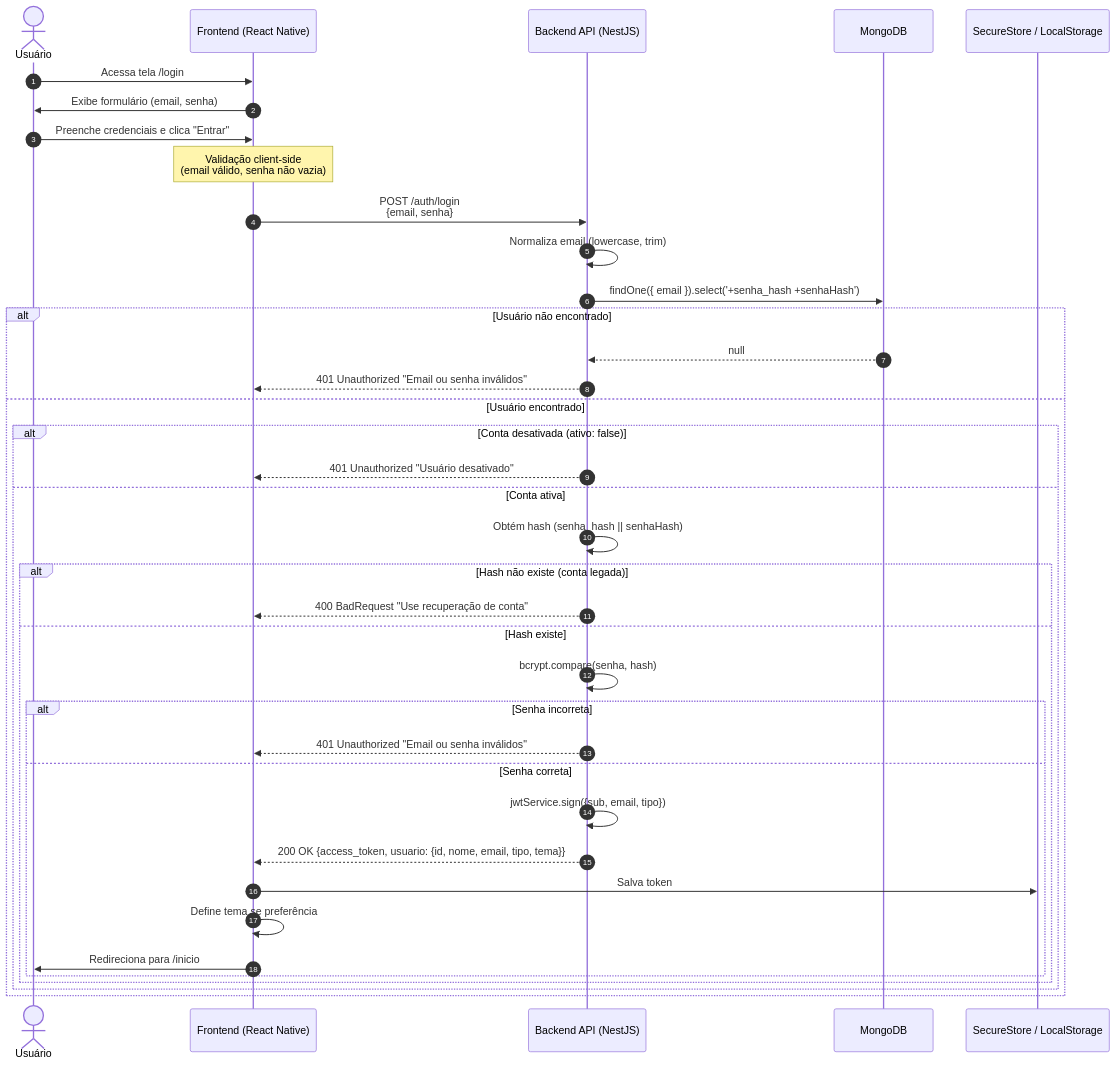
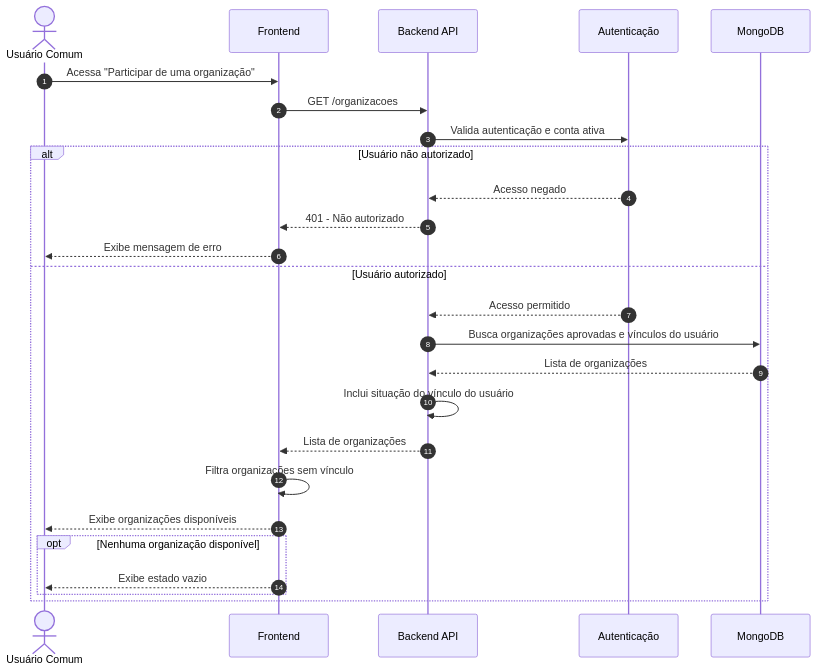
Before and after one commit to MrLucasMoreira/PDSI-Conecta-: the second of 9 diagrams in docs/cadastro-usuario/6 - diagramas-sequencia-cadastro-usuario.md, drawn with Mermaid. The commit also changed other lines of this file and 7 other files, not shown here.

````diff
--- a/docs/cadastro-usuario/6 - diagramas-sequencia-cadastro-usuario.md
+++ b/docs/cadastro-usuario/6 - diagramas-sequencia-cadastro-usuario.md
@@ -65,44 +69,35 @@
 ```mermaid
 sequenceDiagram
     autonumber
-    actor Usuario as Usuário
-    participant Frontend as Frontend (React Native)
-    participant API as Backend API (NestJS)
+
+    actor Usuario as Usuário Comum
+    participant Frontend as Frontend
+    participant API as Backend API
+    participant Guards as Autenticação
     participant DB as MongoDB
-    participant SecureStore as SecureStore / LocalStorage
 
-    Usuario->>Frontend: Acessa tela /login
-    Frontend->>Usuario: Exibe formulário (email, senha)
-    Usuario->>Frontend: Preenche credenciais e clica "Entrar"
-    
-    Note over Frontend: Validação client-side<br/>(email válido, senha não vazia)
-    
-    Frontend->>API: POST /auth/login<br/>{email, senha}
-    API->>API: Normaliza email (lowercase, trim)
-    API->>DB: findOne({ email }).select('+senha_hash +senhaHash')
-    
-    alt Usuário não encontrado
-        DB-->>API: null
-        API-->>Frontend: 401 Unauthorized "Email ou senha inválidos"
-    else Usuário encontrado
-        alt Conta desativada (ativo: false)
-            API-->>Frontend: 401 Unauthorized "Usuário desativado"
-        else Conta ativa
-            API->>API: Obtém hash (senha_hash || senhaHash)
-            alt Hash não existe (conta legada)
-                API-->>Frontend: 400 BadRequest "Use recuperação de conta"
-            else Hash existe
-                API->>API: bcrypt.compare(senha, hash)
-                alt Senha incorreta
-                    API-->>Frontend: 401 Unauthorized "Email ou senha inválidos"
-                else Senha correta
-                    API->>API: jwtService.sign({sub, email, tipo})
-                    API-->>Frontend: 200 OK {access_token, usuario: {id, nome, email, tipo, tema}}
-                    Frontend->>SecureStore: Salva token
-                    Frontend->>Frontend: Define tema se preferência
-                    Frontend->>Usuario: Redireciona para /inicio
-                end
-            end
+    Usuario->>Frontend: Acessa "Participar de uma organização"
+    Frontend->>API: GET /organizacoes
+
+    API->>Guards: Valida autenticação e conta ativa
+
+    alt Usuário não autorizado
+        Guards-->>API: Acesso negado
+        API-->>Frontend: 401 - Não autorizado
+        Frontend-->>Usuario: Exibe mensagem de erro
+    else Usuário autorizado
+        Guards-->>API: Acesso permitido
+        API->>DB: Busca organizações aprovadas e vínculos do usuário
+        DB-->>API: Lista de organizações
+
+        API->>API: Inclui situação do vínculo do usuário
+        API-->>Frontend: Lista de organizações
+
+        Frontend->>Frontend: Filtra organizações sem vínculo
+        Frontend-->>Usuario: Exibe organizações disponíveis
+
+        opt Nenhuma organização disponível
+            Frontend-->>Usuario: Exibe estado vazio
         end
     end
 ```
````
